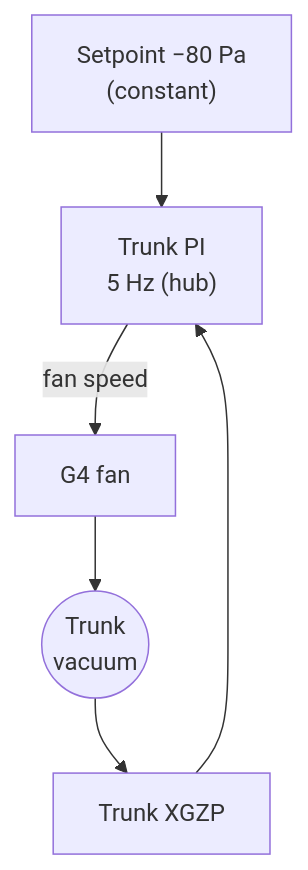
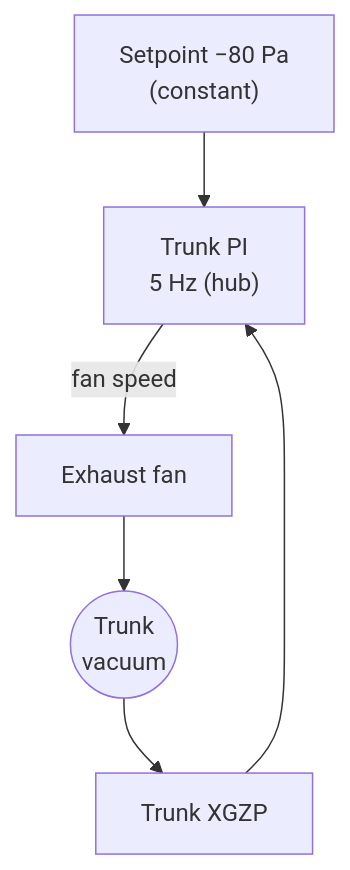
The third of 8 diagrams in docs/06_pneumatics_and_ducting.md (BashfulBits/3dp-fleet-exhaust), drawn with Mermaid before and after one commit. The commit also changed other lines of this file and 40 other files, not shown here.

````diff
--- a/docs/06_pneumatics_and_ducting.md
+++ b/docs/06_pneumatics_and_ducting.md
@@ -103,8 +103,8 @@
 ```mermaid
 flowchart TB
   TSP["Setpoint −80 Pa<br>(constant)"] --> TPI["Trunk PI<br>5 Hz (hub)"]
-  TPI -->|"fan speed"| FAN["G4 fan"]
+  TPI -->|"fan speed"| FAN["Exhaust fan"]
   FAN --> TR(("Trunk<br>vacuum"))
   TR --> TS["Trunk XGZP"]
   TS --> TPI
 ```
````
